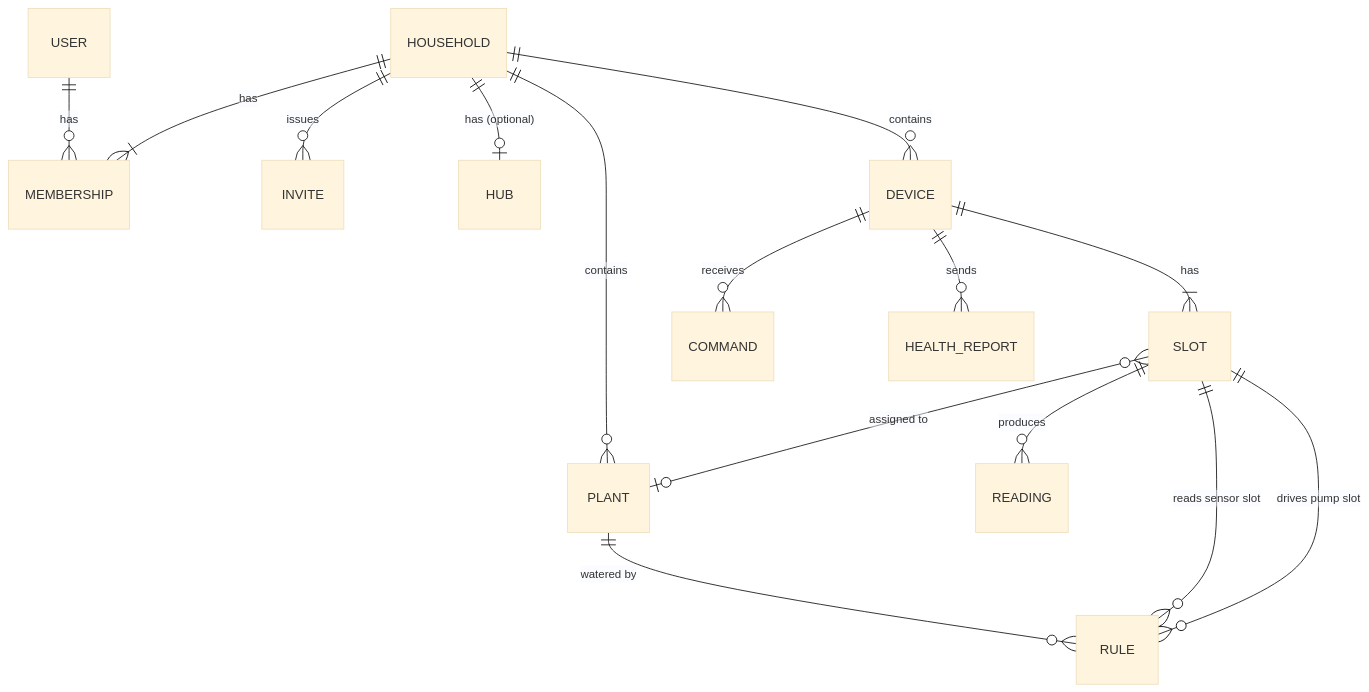
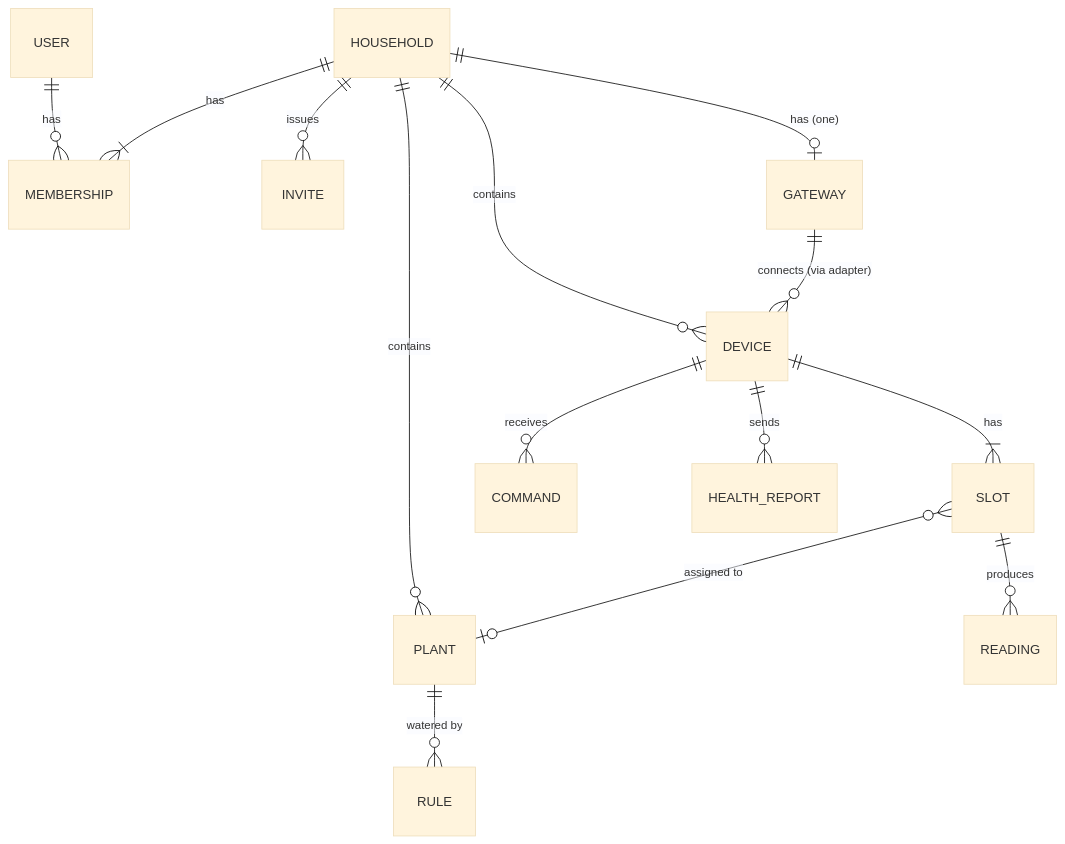
Before and after one commit to Hansom17/MoistureController: the sixth of 13 diagrams in PROJECT.md, drawn with Mermaid (base theme). The commit also changed other lines of this file and 86 other files, not shown here.

````diff
--- a/PROJECT.md
+++ b/PROJECT.md
@@ -337,17 +329,16 @@
 ```mermaid
 erDiagram
     USER ||--o{ MEMBERSHIP : has
     HOUSEHOLD ||--|{ MEMBERSHIP : has
     HOUSEHOLD ||--o{ INVITE : issues
-    HOUSEHOLD ||--o| HUB : "has (optional)"
+    HOUSEHOLD ||--o| GATEWAY : "has (one)"
     HOUSEHOLD ||--o{ DEVICE : contains
     HOUSEHOLD ||--o{ PLANT : contains
+    GATEWAY ||--o{ DEVICE : "connects (via adapter)"
     DEVICE ||--|{ SLOT : has
     SLOT }o--o| PLANT : "assigned to"
     SLOT ||--o{ READING : produces
     DEVICE ||--o{ COMMAND : receives
     PLANT ||--o{ RULE : "watered by"
-    RULE }o--|| SLOT : "reads sensor slot"
-    RULE }o--|| SLOT : "drives pump slot"
     DEVICE ||--o{ HEALTH_REPORT : sends
 ```
````
